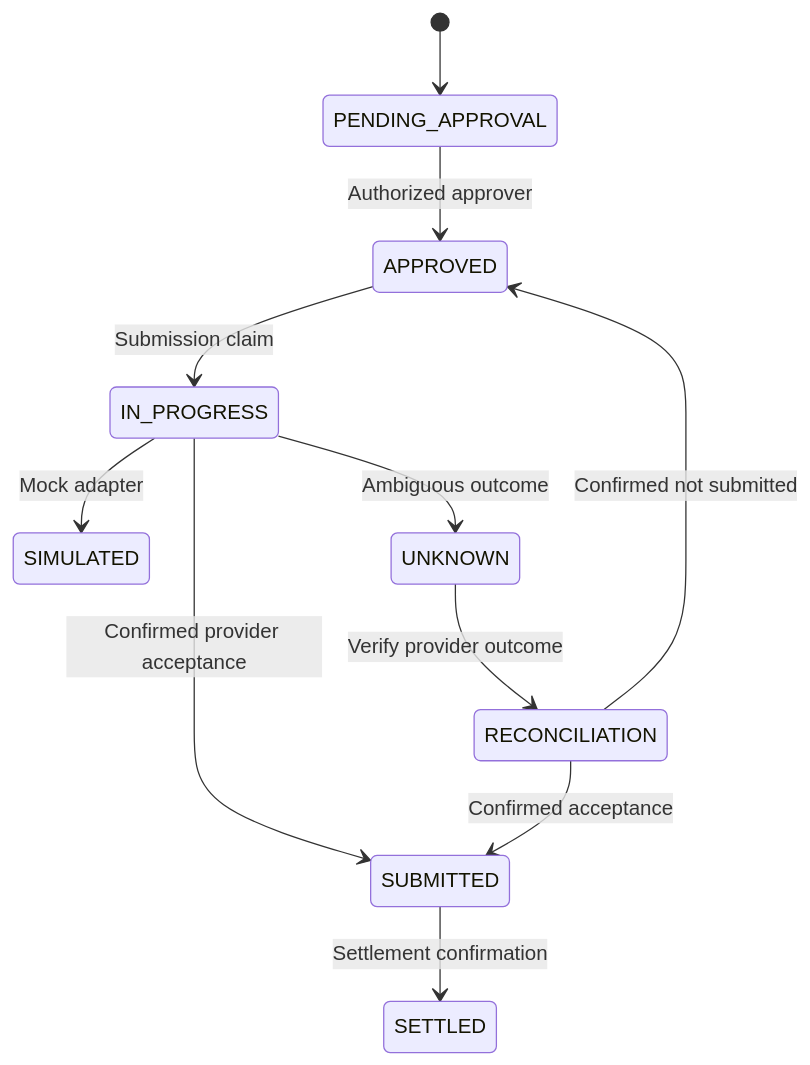
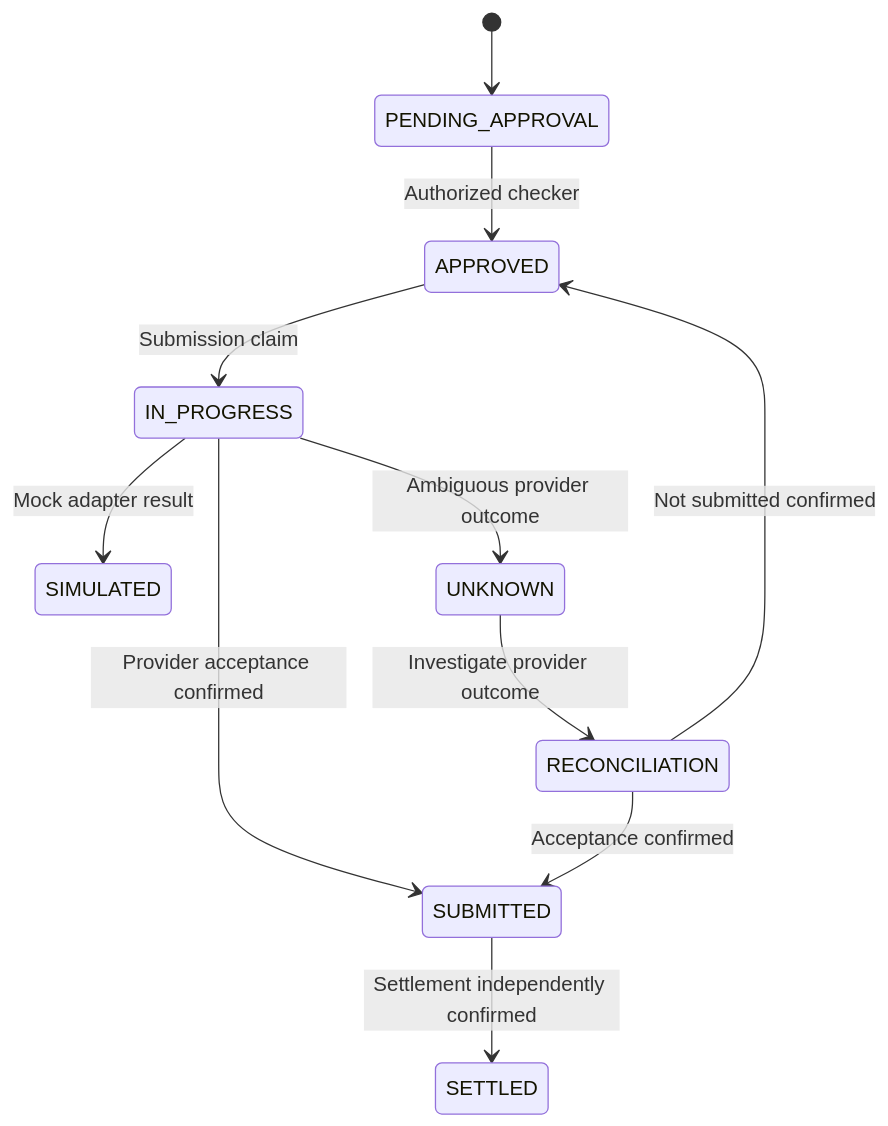
One commit to kongali1720/qkd-financial-infrastructure changed the second of 2 diagrams in docs/25-cryptohost-integration-architecture.md. Above: the diagram before and after it, drawn with Mermaid. The commit also changed other lines of this file, not shown here.

Commit message:
docs(kfip): upgrade Crypto Host architecture to v0.2.0

````diff
--- a/docs/25-cryptohost-integration-architecture.md
+++ b/docs/25-cryptohost-integration-architecture.md
@@ -87,13 +280,13 @@
 ```mermaid
 stateDiagram-v2
     [*] --> PENDING_APPROVAL
-    PENDING_APPROVAL --> APPROVED: Authorized approver
+    PENDING_APPROVAL --> APPROVED: Authorized checker
     APPROVED --> IN_PROGRESS: Submission claim
-    IN_PROGRESS --> SIMULATED: Mock adapter
-    IN_PROGRESS --> UNKNOWN: Ambiguous outcome
-    IN_PROGRESS --> SUBMITTED: Confirmed provider acceptance
-    UNKNOWN --> RECONCILIATION: Verify provider outcome
-    RECONCILIATION --> SUBMITTED: Confirmed acceptance
-    RECONCILIATION --> APPROVED: Confirmed not submitted
-    SUBMITTED --> SETTLED: Settlement confirmation
+    IN_PROGRESS --> SIMULATED: Mock adapter result
+    IN_PROGRESS --> UNKNOWN: Ambiguous provider outcome
+    IN_PROGRESS --> SUBMITTED: Provider acceptance confirmed
+    UNKNOWN --> RECONCILIATION: Investigate provider outcome
+    RECONCILIATION --> SUBMITTED: Acceptance confirmed
+    RECONCILIATION --> APPROVED: Not submitted confirmed
+    SUBMITTED --> SETTLED: Settlement independently confirmed
 ```
````
